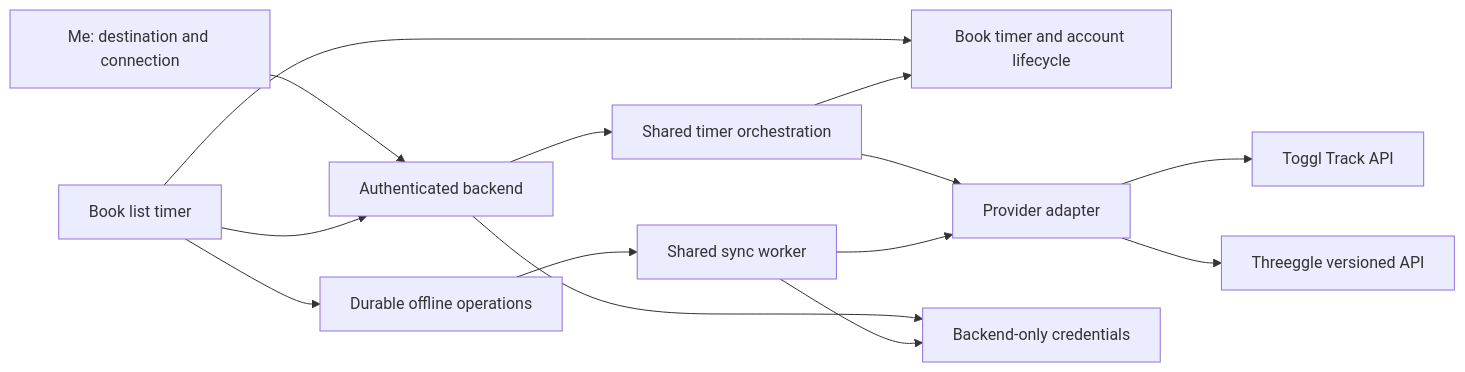
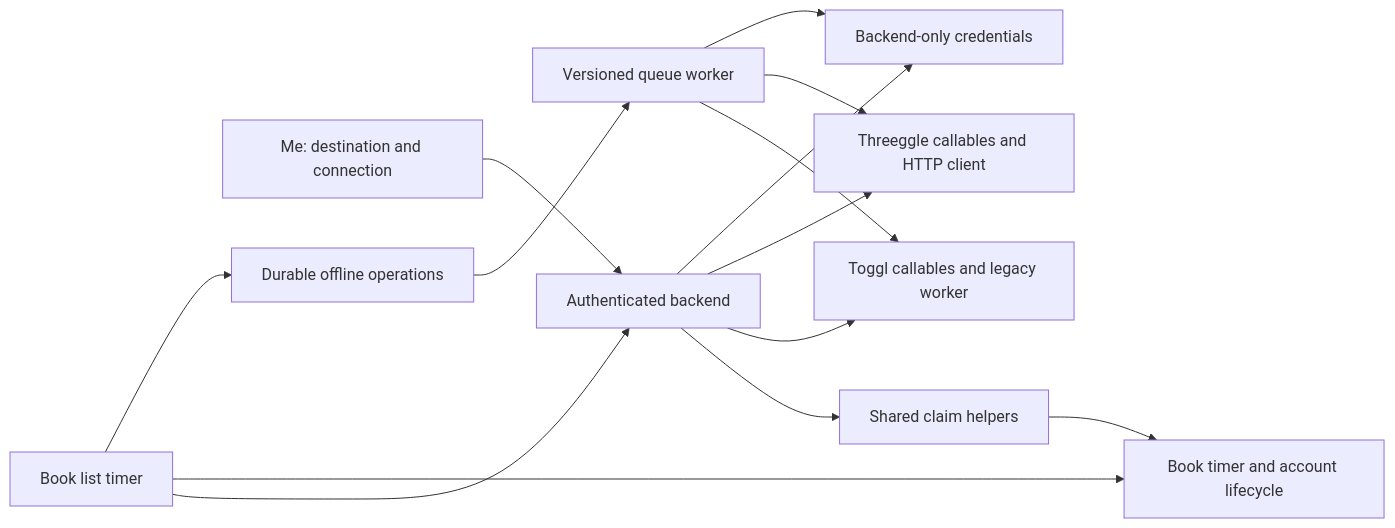
One commit to ankile/book-tracker changed the diagram in docs/threeggle-integration-plan.md. Above: the diagram before and after it, drawn with Mermaid. The commit also changed other lines of this file, not shown here.

Commit message:
Address Fable review of timer integration plan

````diff
--- a/docs/threeggle-integration-plan.md
+++ b/docs/threeggle-integration-plan.md
@@ -92,16 +94,16 @@
 ```mermaid
 flowchart LR
   Settings[Me: destination and connection] --> Backend[Authenticated backend]
   Books[Book list timer] --> Backend
   Books --> State[Book timer and account lifecycle]
   Books --> Queue[Durable offline operations]
-  Queue --> Worker[Shared sync worker]
-  Backend --> Lifecycle[Shared timer orchestration]
+  Queue --> Worker[Versioned queue worker]
+  Backend --> Lifecycle[Shared claim helpers]
   Lifecycle --> State
-  Lifecycle --> Adapter[Provider adapter]
-  Worker --> Adapter
-  Adapter --> Toggl[Toggl Track API]
-  Adapter --> Threeggle[Threeggle versioned API]
+  Backend --> Toggl[Toggl callables and legacy worker]
+  Backend --> Threeggle[Threeggle callables and HTTP client]
+  Worker --> Toggl
+  Worker --> Threeggle
   Backend --> Credentials[Backend-only credentials]
   Worker --> Credentials
 ```
````
